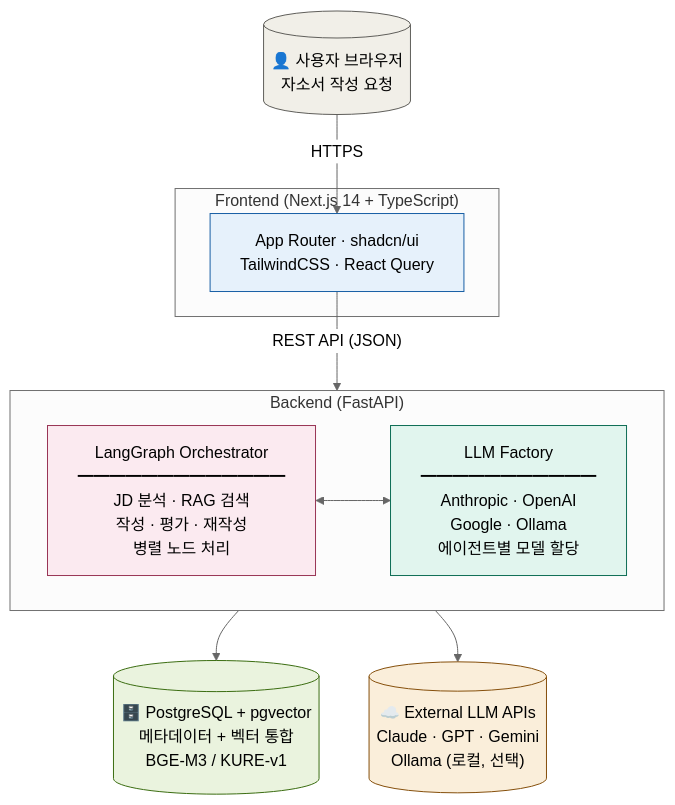
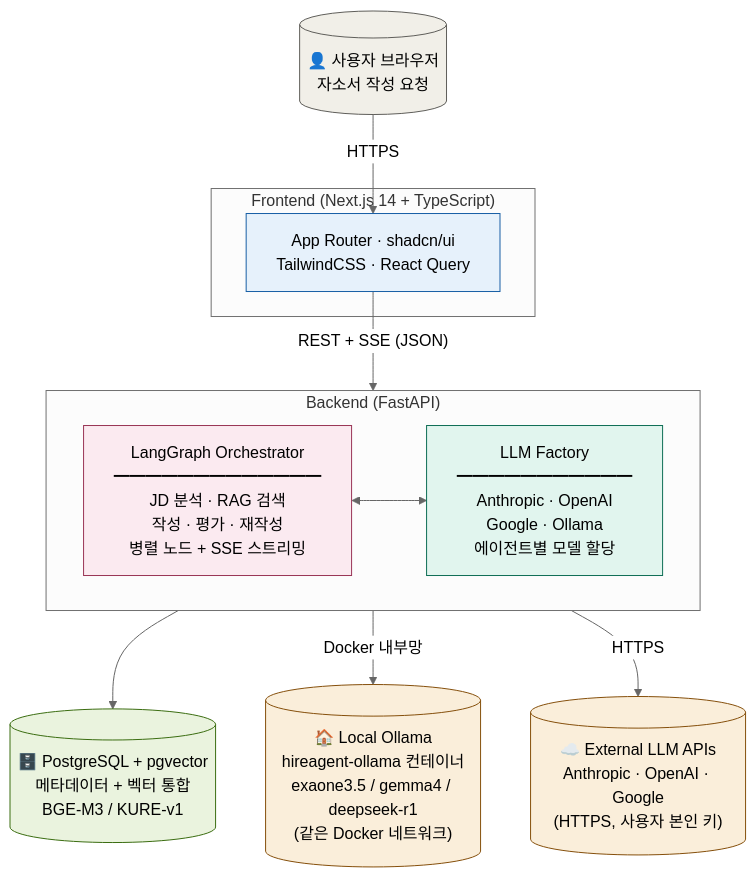
One commit to chakihwan/HireAgent changed the first of 3 diagrams in docs/architecture.md. Above: the diagram before and after it, drawn with Mermaid (neutral theme). The commit also changed other lines of this file and 9 other files, not shown here.

First line of the commit message:
docs+chore: architecture review fixes + utils for char/crypto

````diff
--- a/docs/architecture.md
+++ b/docs/architecture.md
@@ -13,30 +13,33 @@
 ```mermaid
 flowchart TD
     User[("👤 사용자 브라우저<br/>자소서 작성 요청")]
-    
+
     subgraph Frontend["Frontend (Next.js 14 + TypeScript)"]
         FE["App Router · shadcn/ui<br/>TailwindCSS · React Query"]
     end
-    
+
     subgraph Backend["Backend (FastAPI)"]
         direction LR
-        LG["LangGraph Orchestrator<br/>━━━━━━━━━━━━━<br/>JD 분석 · RAG 검색<br/>작성 · 평가 · 재작성<br/>병렬 노드 처리"]
+        LG["LangGraph Orchestrator<br/>━━━━━━━━━━━━━<br/>JD 분석 · RAG 검색<br/>작성 · 평가 · 재작성<br/>병렬 노드 + SSE 스트리밍"]
         LF["LLM Factory<br/>━━━━━━━━━━━<br/>Anthropic · OpenAI<br/>Google · Ollama<br/>에이전트별 모델 할당"]
         LG <--> LF
     end
-    
+
     DB[("🗄️ PostgreSQL + pgvector<br/>메타데이터 + 벡터 통합<br/>BGE-M3 / KURE-v1")]
-    LLM[("☁️ External LLM APIs<br/>Claude · GPT · Gemini<br/>Ollama (로컬, 선택)")]
-    
+    Ollama[("🏠 Local Ollama<br/>hireagent-ollama 컨테이너<br/>exaone3.5 / gemma4 / deepseek-r1<br/>(같은 Docker 네트워크)")]
+    LLM[("☁️ External LLM APIs<br/>Anthropic · OpenAI · Google<br/>(HTTPS, 사용자 본인 키)")]
+
     User -->|HTTPS| FE
-    FE -->|"REST API (JSON)"| Backend
+    FE -->|"REST + SSE (JSON)"| Backend
     LG --> DB
-    LF --> LLM
-    
+    LF -->|"Docker 내부망"| Ollama
+    LF -->|HTTPS| LLM
+
     style User fill:#F1EFE8,stroke:#5F5E5A
     style FE fill:#E6F1FB,stroke:#185FA5
     style LG fill:#FBEAF0,stroke:#993556
     style LF fill:#E1F5EE,stroke:#0F6E56
     style DB fill:#EAF3DE,stroke:#3B6D11
+    style Ollama fill:#FAEEDA,stroke:#854F0B
     style LLM fill:#FAEEDA,stroke:#854F0B
 ```
````
